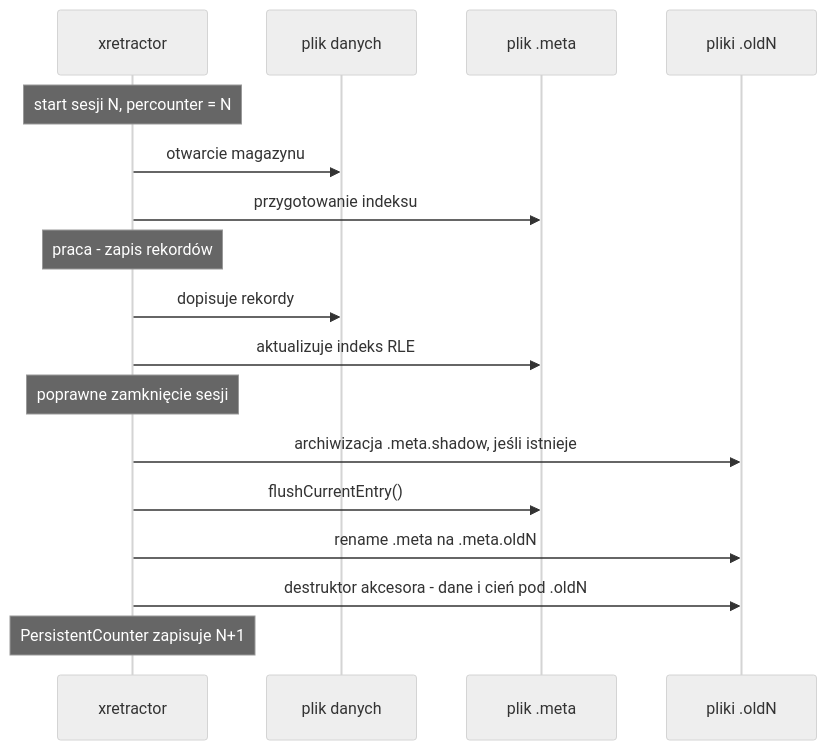
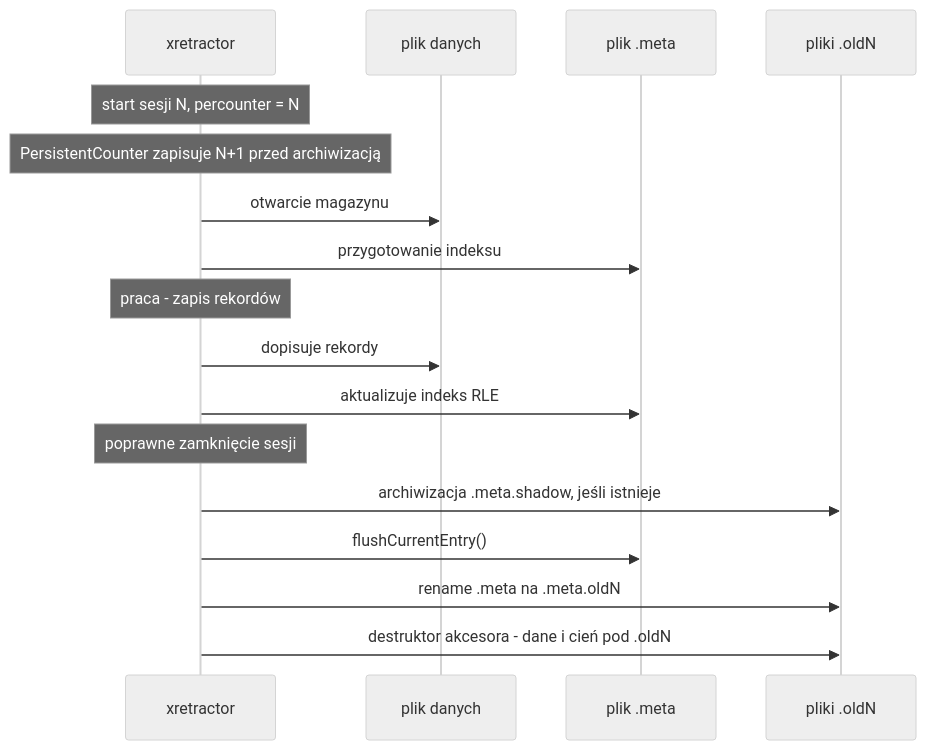
Before and after one commit to michalwidera/dokumentacja-rdb: the diagram in architektura-systemu-przetwarzania-danych/format-zapisu-danych/rotacja.md, drawn with Mermaid (neutral theme). The commit also changed other lines of this file and 1 other file, not shown here.

````diff
--- a/architektura-systemu-przetwarzania-danych/format-zapisu-danych/rotacja.md
+++ b/architektura-systemu-przetwarzania-danych/format-zapisu-danych/rotacja.md
@@ -27,21 +29,21 @@
 ```mermaid
 %% pdf-width: 100%
 sequenceDiagram
     participant RQL as xretractor
     participant D as plik danych
     participant M as plik .meta
     participant Old as pliki .oldN
 
     Note over RQL: start sesji N, percounter = N
+    Note over RQL: PersistentCounter zapisuje N+1 przed archiwizacją
     RQL->>D: otwarcie magazynu
     RQL->>M: przygotowanie indeksu
     Note over RQL: praca - zapis rekordów
     RQL->>D: dopisuje rekordy
     RQL->>M: aktualizuje indeks RLE
     Note over RQL: poprawne zamknięcie sesji
     RQL->>Old: archiwizacja .meta.shadow, jeśli istnieje
     RQL->>M: flushCurrentEntry()
     RQL->>Old: rename .meta na .meta.oldN
     RQL->>Old: destruktor akcesora - dane i cień pod .oldN
-    Note over RQL: PersistentCounter zapisuje N+1
 ```
````
